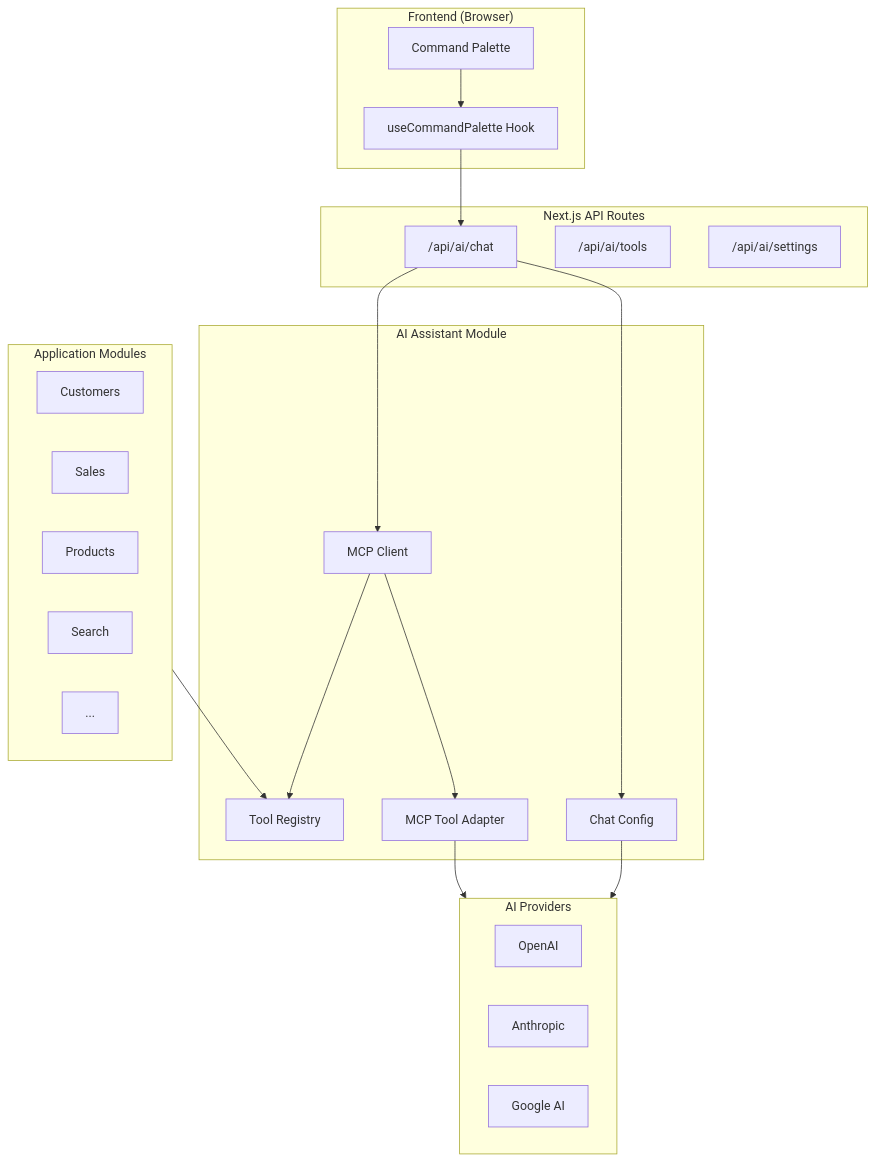
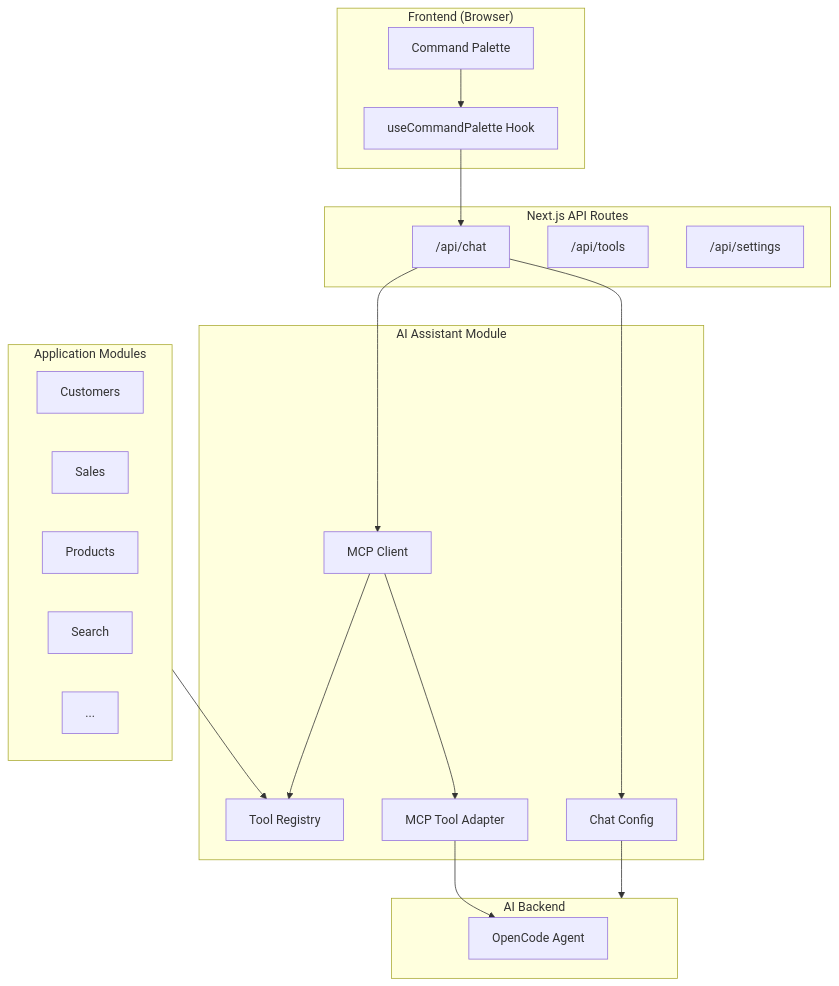
Before and after one commit to open-mercato/open-mercato: the first of 15 diagrams in packages/ai-assistant/README.md, drawn with Mermaid. The commit also changed other lines of this file and 40 other files, not shown here.

````diff
--- a/packages/ai-assistant/README.md
+++ b/packages/ai-assistant/README.md
@@ -16,45 +16,43 @@
 ```mermaid
 graph TB
     subgraph Frontend["Frontend (Browser)"]
         CP[Command Palette]
         Hook[useCommandPalette Hook]
         CP --> Hook
     end
 
     subgraph API["Next.js API Routes"]
-        ChatAPI["/api/ai/chat"]
-        ToolsAPI["/api/ai/tools"]
-        SettingsAPI["/api/ai/settings"]
+        ChatAPI["/api/chat"]
+        ToolsAPI["/api/tools"]
+        SettingsAPI["/api/settings"]
     end
 
     subgraph AIAssistant["AI Assistant Module"]
         MCP[MCP Client]
         Registry[Tool Registry]
         Adapter[MCP Tool Adapter]
         Config[Chat Config]
     end
 
-    subgraph Providers["AI Providers"]
-        OpenAI[OpenAI]
-        Anthropic[Anthropic]
-        Google[Google AI]
+    subgraph Providers["AI Backend"]
+        OpenCode[OpenCode Agent]
     end
 
     subgraph Modules["Application Modules"]
         Customers[Customers]
         Sales[Sales]
         Products[Products]
         Search[Search]
         Other[...]
     end
 
     Hook --> ChatAPI
     ChatAPI --> MCP
     ChatAPI --> Config
     Config --> Providers
     MCP --> Registry
     MCP --> Adapter
-    Adapter --> Providers
+    Adapter --> OpenCode
 
     Modules --> Registry
 ```
````
